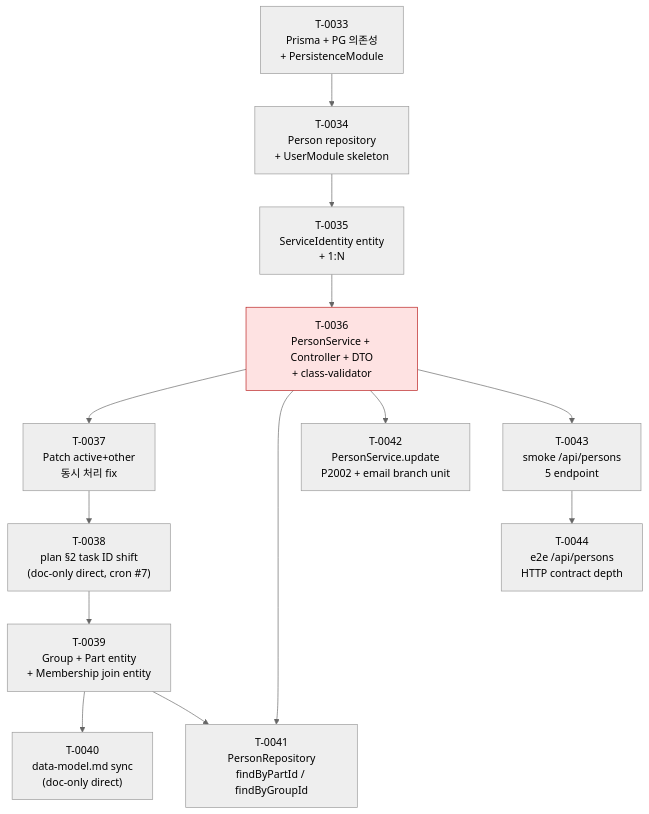
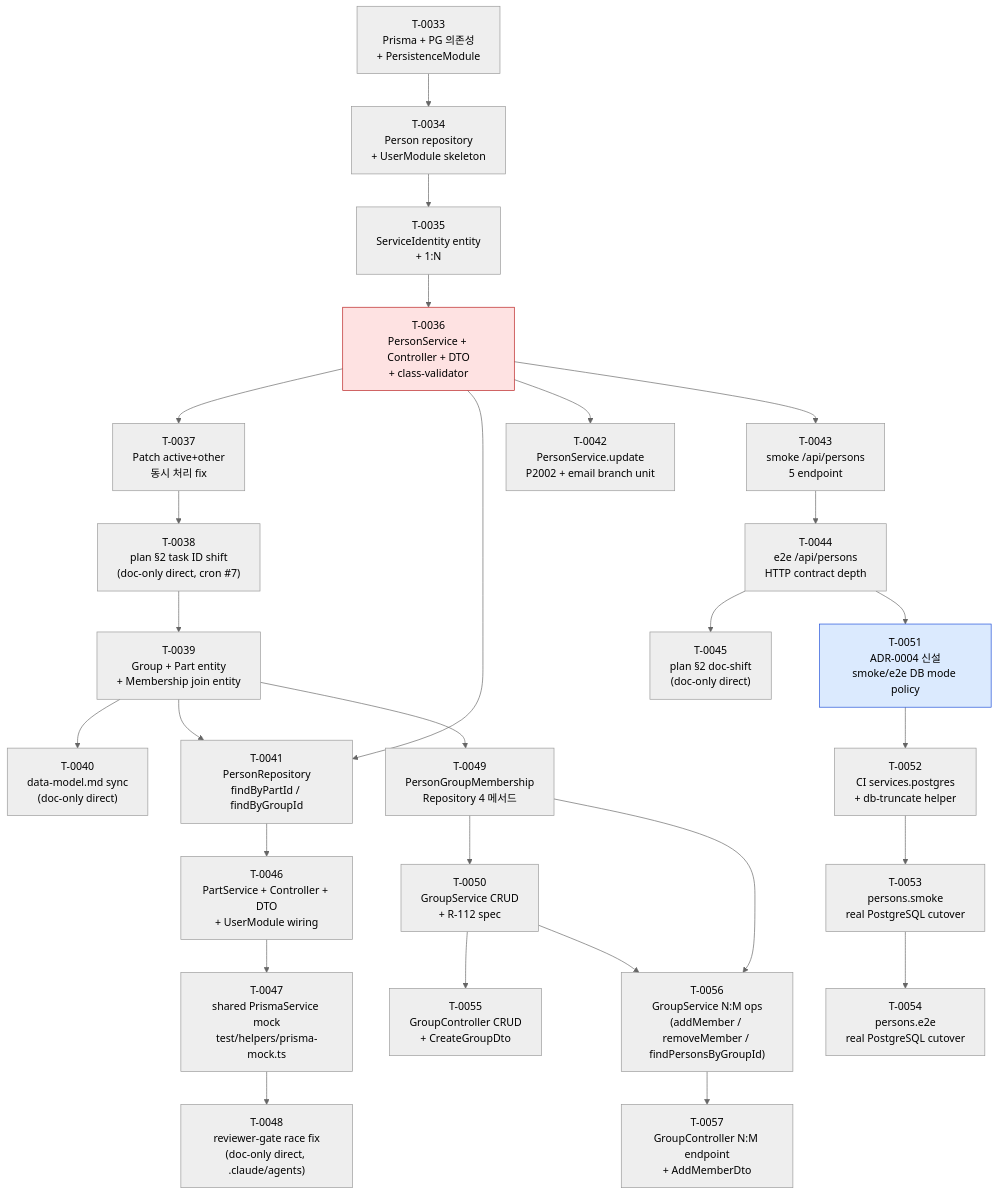
Before and after one commit to myungjoo/Assessment-Agent: the diagram in docs/architecture/p3-implementation-plan.md, drawn with Mermaid (neutral theme). The commit also changed other lines of this file and 3 other files, not shown here.

````diff
--- a/docs/architecture/p3-implementation-plan.md
+++ b/docs/architecture/p3-implementation-plan.md
@@ -48,33 +62,62 @@
 ```mermaid
 graph TD
     T0033["T-0033<br/>Prisma + PG 의존성<br/>+ PersistenceModule"]
     T0034["T-0034<br/>Person repository<br/>+ UserModule skeleton"]
     T0035["T-0035<br/>ServiceIdentity entity<br/>+ 1:N"]
     T0036["T-0036<br/>PersonService + Controller + DTO<br/>+ class-validator"]
     T0037["T-0037<br/>Patch active+other<br/>동시 처리 fix"]
     T0038["T-0038<br/>plan §2 task ID shift<br/>(doc-only direct, cron #7)"]
     T0039["T-0039<br/>Group + Part entity<br/>+ Membership join entity"]
     T0040["T-0040<br/>data-model.md sync<br/>(doc-only direct)"]
     T0041["T-0041<br/>PersonRepository<br/>findByPartId / findByGroupId"]
     T0042["T-0042<br/>PersonService.update<br/>P2002 + email branch unit"]
     T0043["T-0043<br/>smoke /api/persons<br/>5 endpoint"]
     T0044["T-0044<br/>e2e /api/persons<br/>HTTP contract depth"]
+    T0045["T-0045<br/>plan §2 doc-shift<br/>(doc-only direct)"]
+    T0046["T-0046<br/>PartService + Controller + DTO<br/>+ UserModule wiring"]
+    T0047["T-0047<br/>shared PrismaService mock<br/>test/helpers/prisma-mock.ts"]
+    T0048["T-0048<br/>reviewer-gate race fix<br/>(doc-only direct, .claude/agents)"]
+    T0049["T-0049<br/>PersonGroupMembership<br/>Repository 4 메서드"]
+    T0050["T-0050<br/>GroupService CRUD<br/>+ R-112 spec"]
+    T0051["T-0051<br/>ADR-0004 신설<br/>smoke/e2e DB mode policy"]
+    T0052["T-0052<br/>CI services.postgres<br/>+ db-truncate helper"]
+    T0053["T-0053<br/>persons.smoke<br/>real PostgreSQL cutover"]
+    T0054["T-0054<br/>persons.e2e<br/>real PostgreSQL cutover"]
+    T0055["T-0055<br/>GroupController CRUD<br/>+ CreateGroupDto"]
+    T0056["T-0056<br/>GroupService N:M ops<br/>(addMember / removeMember / findPersonsByGroupId)"]
+    T0057["T-0057<br/>GroupController N:M endpoint<br/>+ AddMemberDto"]
 
     T0033 --> T0034
     T0034 --> T0035
     T0035 --> T0036
     T0036 --> T0037
     T0037 --> T0038
     T0038 --> T0039
     T0039 --> T0040
     T0036 --> T0041
     T0039 --> T0041
     T0036 --> T0042
     T0036 --> T0043
     T0043 --> T0044
+    T0044 --> T0045
+    T0041 --> T0046
+    T0046 --> T0047
+    T0047 --> T0048
+    T0039 --> T0049
+    T0049 --> T0050
+    T0044 --> T0051
+    T0051 --> T0052
+    T0052 --> T0053
+    T0053 --> T0054
+    T0050 --> T0055
+    T0050 --> T0056
+    T0049 --> T0056
+    T0056 --> T0057
 
     classDef root fill:#fef3c7,stroke:#a16207
     classDef gate fill:#fee2e2,stroke:#b91c1c
+    classDef adr fill:#dbeafe,stroke:#1d4ed8
     class T0033 root,gate
     class T0036 gate
+    class T0051 adr
 ```
````
